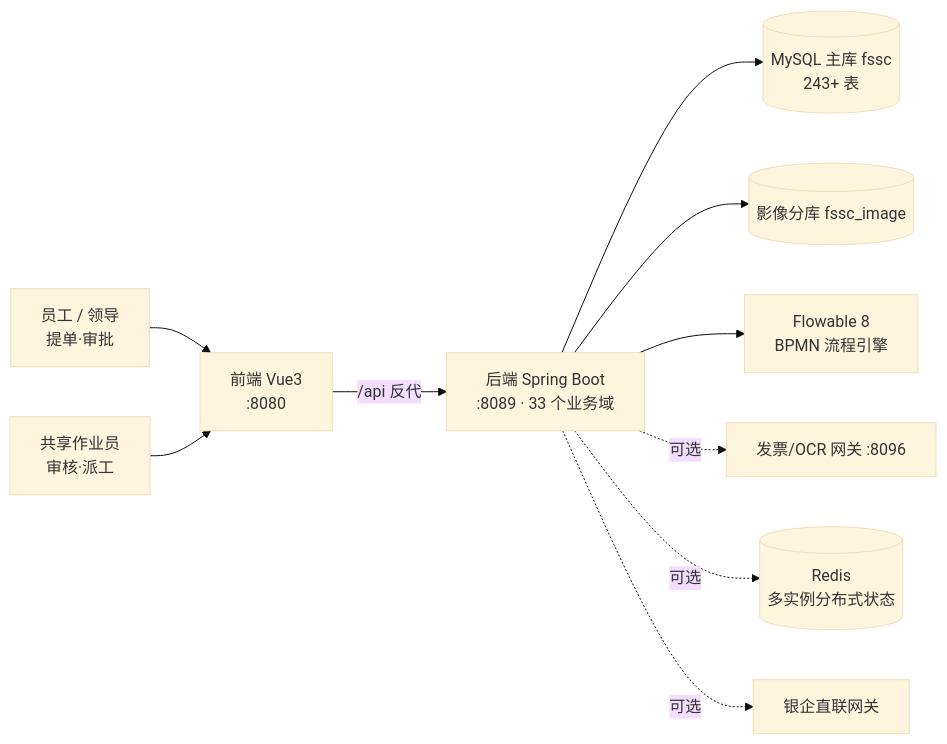
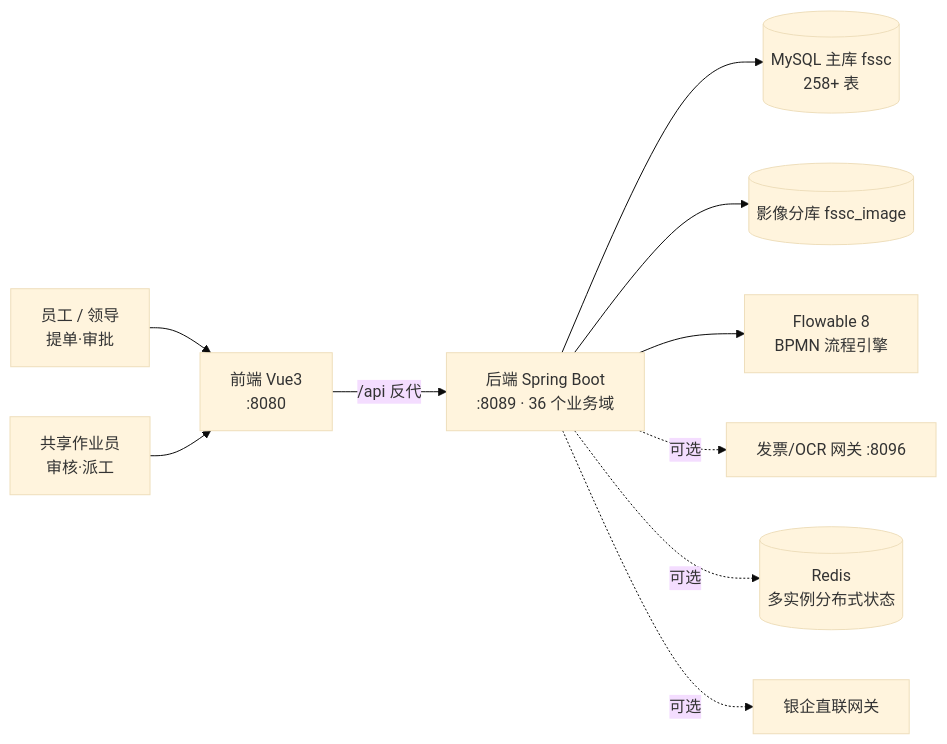
The diagram in README.md (a-share-yuan/FSSC), drawn with Mermaid (base theme) before and after one commit. The commit also changed other lines of this file and 180 other files, not shown here.

````diff
--- a/README.md
+++ b/README.md
@@ -37,12 +47,12 @@
 ```mermaid
 flowchart LR
   U[员工 / 领导<br/>提单·审批] --> W[前端 Vue3<br/>:8080]
   O[共享作业员<br/>审核·派工] --> W
-  W -->|/api 反代| S[后端 Spring Boot<br/>:8089 · 33 个业务域]
-  S --> DB[(MySQL 主库 fssc<br/>243+ 表)]
+  W -->|/api 反代| S[后端 Spring Boot<br/>:8089 · 36 个业务域]
+  S --> DB[(MySQL 主库 fssc<br/>258+ 表)]
   S --> IDB[(影像分库 fssc_image)]
   S --> F[Flowable 8<br/>BPMN 流程引擎]
   S -.可选.-> G[发票/OCR 网关 :8096]
   S -.可选.-> R[(Redis<br/>多实例分布式状态)]
   S -.可选.-> B[银企直联网关]
 ```
````
